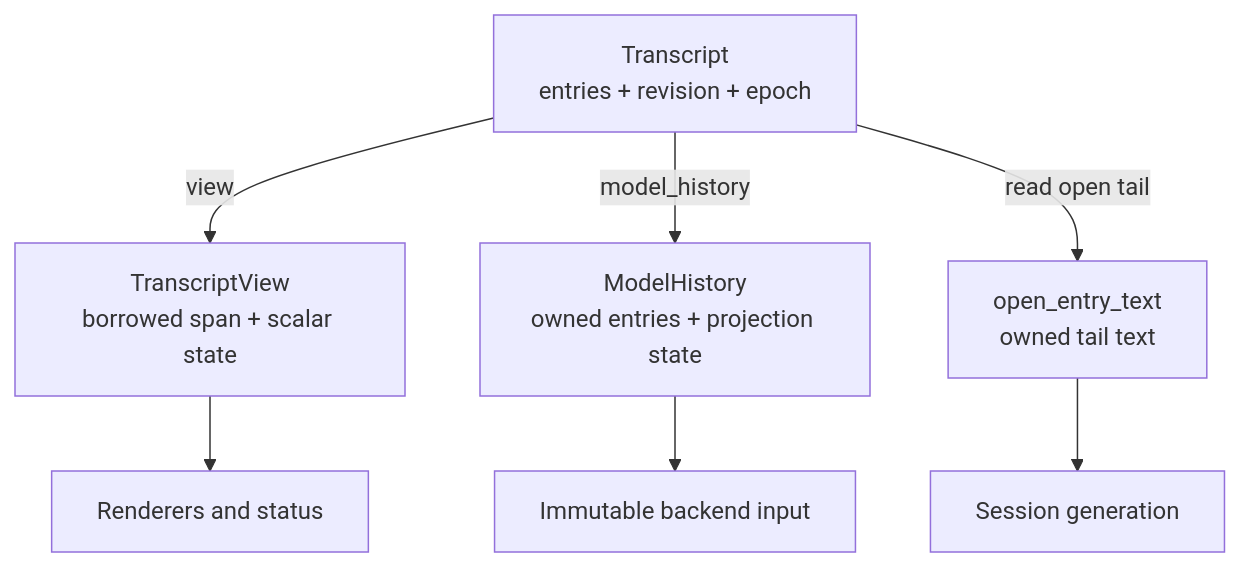
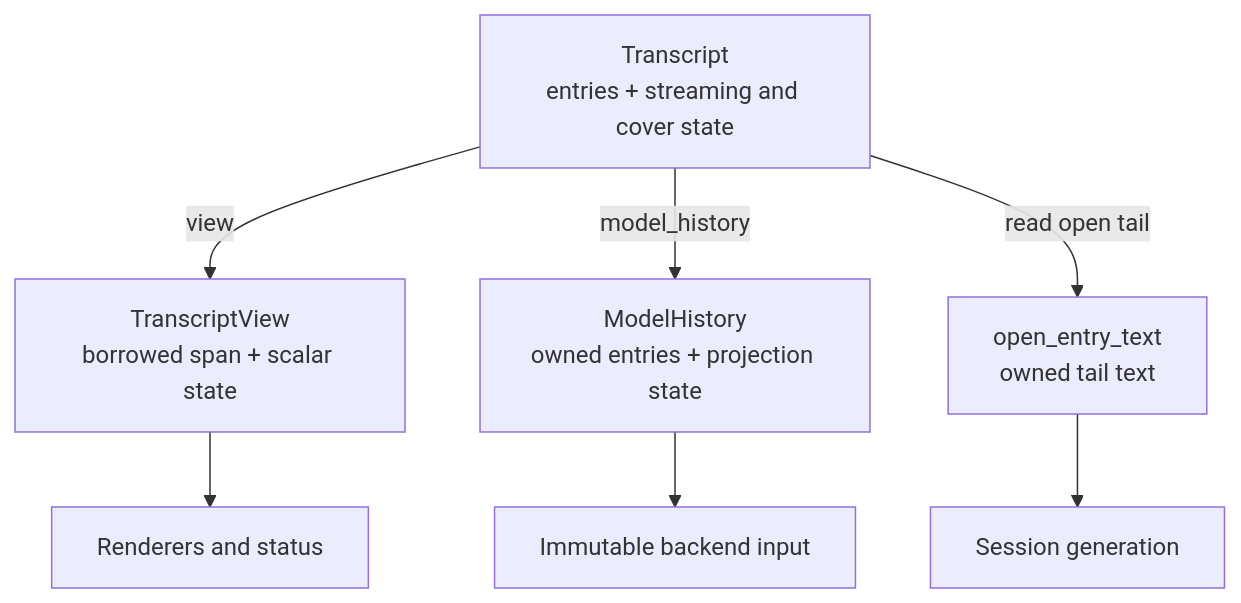
One commit to michaelpopov/cha changed the third of 3 diagrams in src/chat/README.md. Above: the diagram before and after it, drawn with Mermaid. The commit also changed other lines of this file and 45 other files, not shown here.

````diff
--- a/src/chat/README.md
+++ b/src/chat/README.md
@@ -135,14 +134,14 @@
 ```mermaid
 flowchart TD
-    C["Transcript<br/>entries + revision + epoch"]
+    C["Transcript<br/>entries + streaming and cover state"]
     V["TranscriptView<br/>borrowed span + scalar state"]
     H["ModelHistory<br/>owned entries + projection state"]
     O["open_entry_text<br/>owned tail text"]
     R["Renderers and status"]
     B["Immutable backend input"]
     S["Session generation"]
 
     C -->|"view"| V --> R
     C -->|"model_history"| H --> B
     C -->|"read open tail"| O --> S
 ```
````
